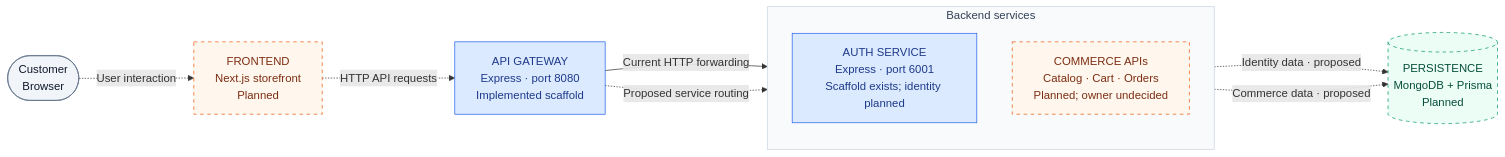
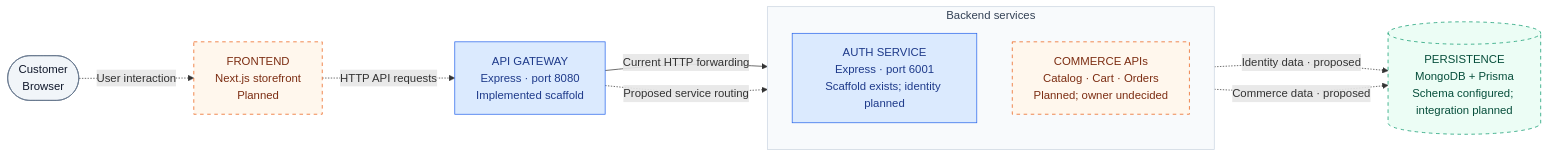
The first of 2 diagrams in docs/architecture/architecture.md (Kruskal892/Microservice-SaaS-E-commerce), drawn with Mermaid before and after one commit. The commit also changed other lines of this file and 18 other files, not shown here.

Commit message:
feat(prisma): setup prisma with mongodb and initial schema

````diff
--- a/docs/architecture/architecture.md
+++ b/docs/architecture/architecture.md
@@ -20,31 +20,31 @@
 ```mermaid
 flowchart LR
     Client(["Customer<br/>Browser"])
     Frontend["FRONTEND<br/>Next.js storefront<br/>Planned"]
     Gateway["API GATEWAY<br/>Express · port 8080<br/>Implemented scaffold"]
 
     subgraph Backend["Backend services"]
         direction TB
         Auth["AUTH SERVICE<br/>Express · port 6001<br/>Scaffold exists; identity planned"]
         Commerce["COMMERCE APIs<br/>Catalog · Cart · Orders<br/>Planned; owner undecided"]
     end
 
-    Database[("PERSISTENCE<br/>MongoDB + Prisma<br/>Planned")]
+    Database[("PERSISTENCE<br/>MongoDB + Prisma<br/>Schema configured; integration planned")]
 
     Client -.->|"User interaction"| Frontend
     Frontend -.->|"HTTP API requests"| Gateway
     Gateway -->|"Current HTTP forwarding"| Auth
     Gateway -.->|"Proposed service routing"| Commerce
     Auth -.->|"Identity data · proposed"| Database
     Commerce -.->|"Commerce data · proposed"| Database
 
     classDef client fill:#f1f5f9,stroke:#64748b,color:#0f172a
     classDef current fill:#dbeafe,stroke:#2563eb,color:#1e3a8a
     classDef planned fill:#fff7ed,stroke:#ea580c,color:#7c2d12,stroke-dasharray:5 5
     classDef storage fill:#ecfdf5,stroke:#059669,color:#064e3b,stroke-dasharray:5 5
     class Client client
     class Gateway,Auth current
     class Frontend,Commerce planned
     class Database storage
     style Backend fill:#f8fafc,stroke:#cbd5e1,color:#334155
 ```
````
